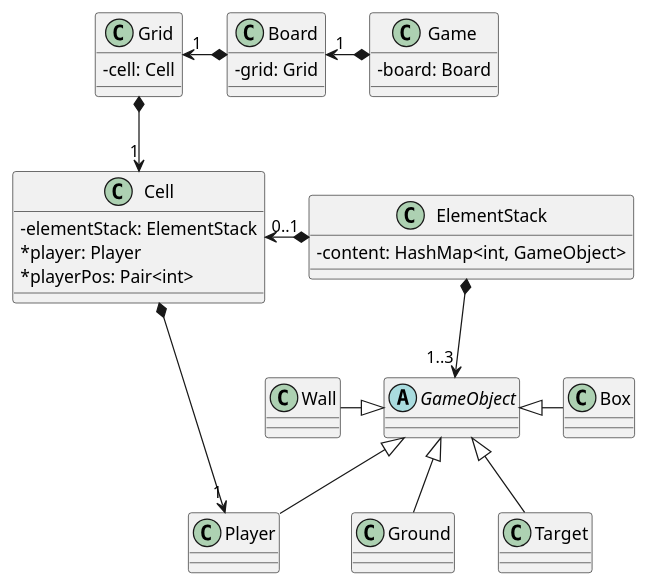
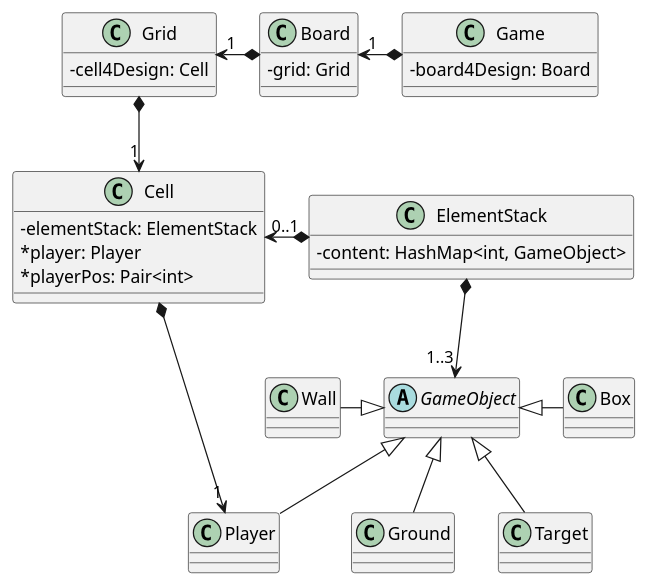
One commit to FebScap/ANC3_Sokoban changed the diagram in src/main/resources/sokoban_domain.puml. Above: the diagram before and after it, drawn with PlantUML. The commit also changed 70 other files, not shown here.

```diff
--- a/src/main/resources/sokoban_domain.puml
+++ b/src/main/resources/sokoban_domain.puml
@@ -1,64 +1,64 @@
 @startuml
 
 skinparam classAttributeIconSize 0
 skinparam defaultFontName Consolas
 !pragma useIntermediatePackages false
 
 class Game {
-    -board: Board
+    -board4Design: Board
 }
 
 class Board {
     -grid: Grid
 }
 
 class Grid {
-    -cell: Cell
+    -cell4Design: Cell
 }
 
 class Cell {
     -elementStack: ElementStack
     *player: Player
     *playerPos: Pair<int>
 }
 
 abstract class GameObject {
 }
 
 class ElementStack {
     -content: HashMap<int, GameObject>
 }
 
 class Wall {
 }
 
 class Box {
 }
 
 class Player {
 }
 
 class Target {
 }
 
 class Ground {
 }
 
 Game *-left-> "1" Board
 Board *-left-> "1" Grid
 Grid *-down-> "1" Cell
 
 ElementStack *-left-> "0..1" Cell
 Cell *--> "1" Player
 
 
 ElementStack *-down-> "1..3" GameObject
 GameObject <|-right- Box
 GameObject <|-down- Target
 GameObject <|-down- Player
 GameObject <|-down- Ground
 
 GameObject <|-left- Wall
 
 
 @enduml
```
